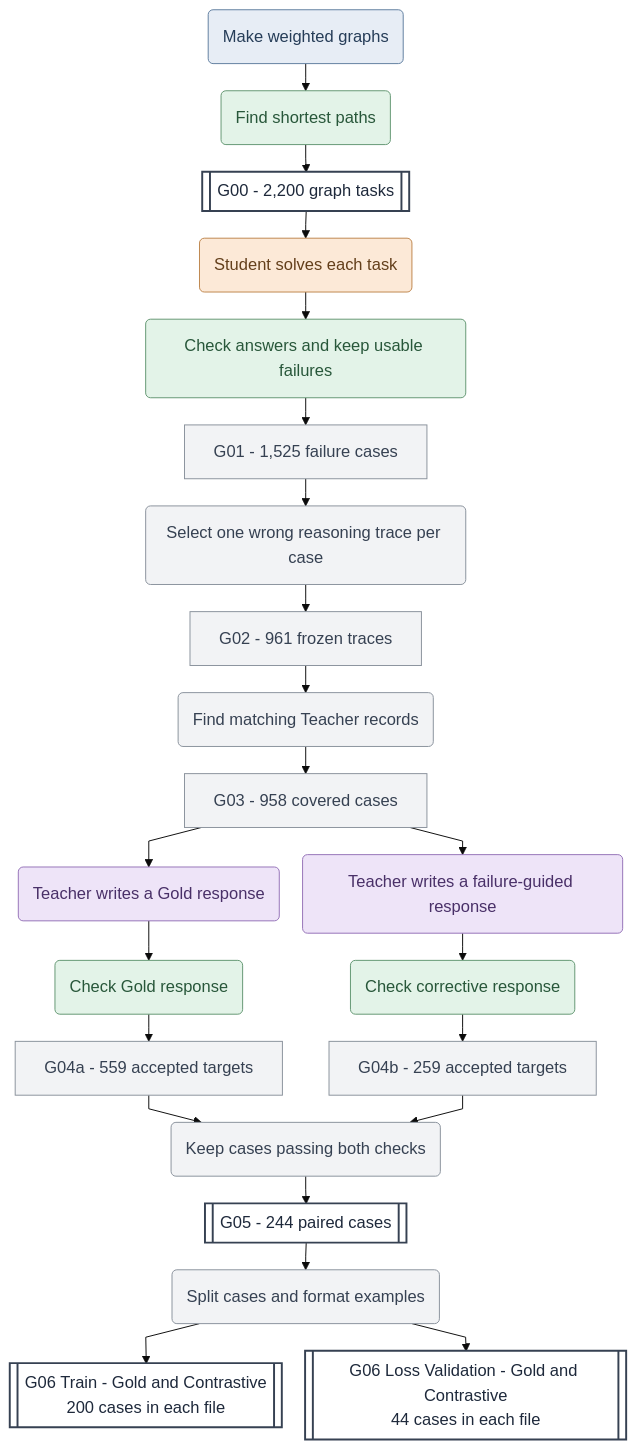
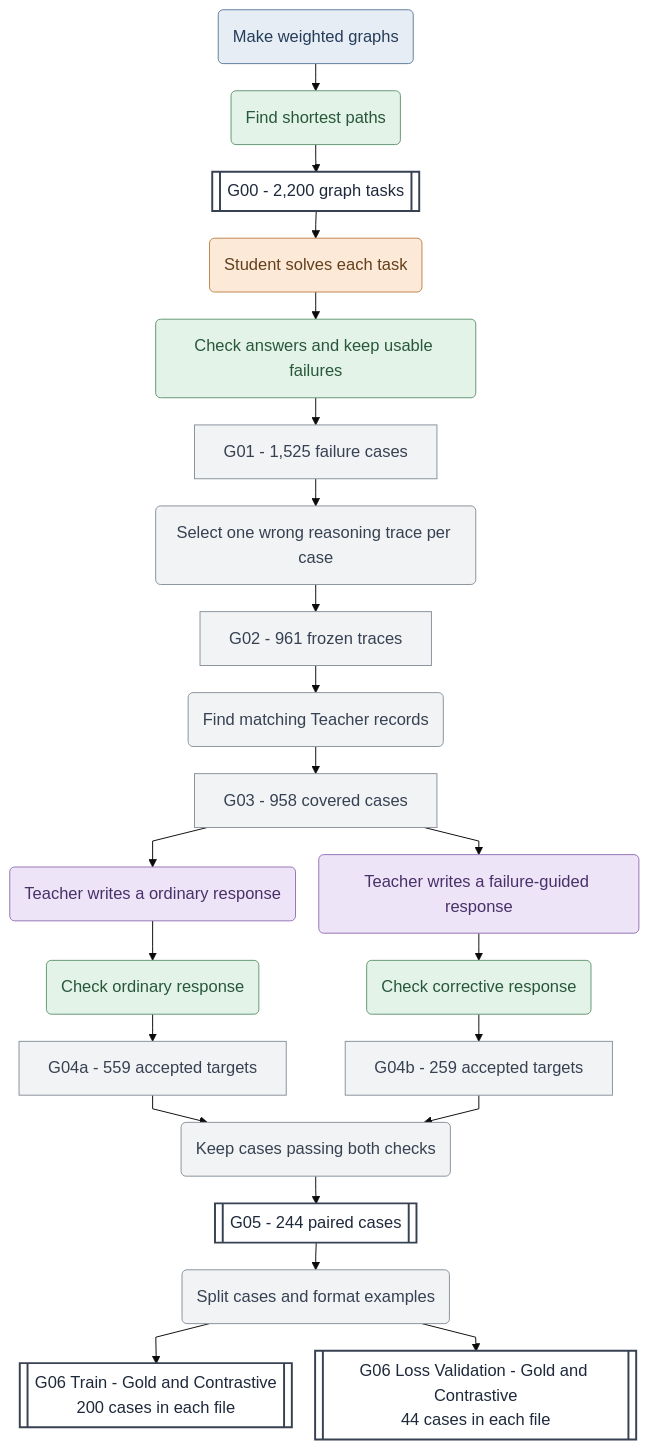
The first of 3 diagrams in README.md (MinervaCyy/PathFACT), drawn with Mermaid before and after one commit.

Commit message:
Update response descriptions in README.md

````diff
--- a/README.md
+++ b/README.md
@@ -45,58 +45,58 @@
 ```mermaid
 %%{init: {"theme": "base", "themeVariables": {"fontSize": "17px"}, "flowchart": {"htmlLabels": false, "curve": "linear", "nodeSpacing": 24, "rankSpacing": 28, "wrappingWidth": 300}}}%%
 flowchart TB
     GEN("Make weighted graphs")
     SOLVE("Find shortest paths")
     G00[["G00 - 2,200 graph tasks"]]
 
     STUDENT("Student solves each task")
     CHECK("Check answers and keep usable failures")
     G01["G01 - 1,525 failure cases"]
 
     TRACE("Select one wrong reasoning trace per case")
     G02["G02 - 961 frozen traces"]
 
     COVER("Find matching Teacher records")
     G03["G03 - 958 covered cases"]
 
-    GOLD("Teacher writes a Gold response")
+    GOLD("Teacher writes a ordinary response")
     CORRECT("Teacher writes a failure-guided response")
-    VG("Check Gold response")
+    VG("Check ordinary response")
     VC("Check corrective response")
     G04A["G04a - 559 accepted targets"]
     G04B["G04b - 259 accepted targets"]
 
     PAIR("Keep cases passing both checks")
     G05[["G05 - 244 paired cases"]]
 
     SPLIT("Split cases and format examples")
     TRAIN[["G06 Train - Gold and Contrastive<br/>200 cases in each file"]]
     VAL[["G06 Loss Validation - Gold and Contrastive<br/>44 cases in each file"]]
 
     GEN --> SOLVE --> G00
     G00 --> STUDENT --> CHECK --> G01
     G01 --> TRACE --> G02
     G02 --> COVER --> G03
 
     G03 --> GOLD --> VG --> G04A
     G03 --> CORRECT --> VC --> G04B
     G04A --> PAIR
     G04B --> PAIR
     PAIR --> G05 --> SPLIT
     SPLIT --> TRAIN
     SPLIT --> VAL
 
     classDef generator fill:#E7EDF5,stroke:#617E9F,color:#263D58
     classDef student fill:#FCE9D7,stroke:#BE864D,color:#633F1B
     classDef teacher fill:#EEE4F8,stroke:#9573B8,color:#493068
     classDef verifier fill:#E3F3E8,stroke:#649773,color:#28573A
     classDef python fill:#F2F3F5,stroke:#8A929C,color:#364152
     classDef dataset fill:#FFFFFF,stroke:#364152,color:#1E293B,stroke-width:2px
 
     class GEN generator
     class STUDENT student
     class GOLD,CORRECT teacher
     class SOLVE,CHECK,VG,VC verifier
     class TRACE,COVER,PAIR,SPLIT,G01,G02,G03,G04A,G04B python
     class G00,G05,TRAIN,VAL dataset
 ```
````
